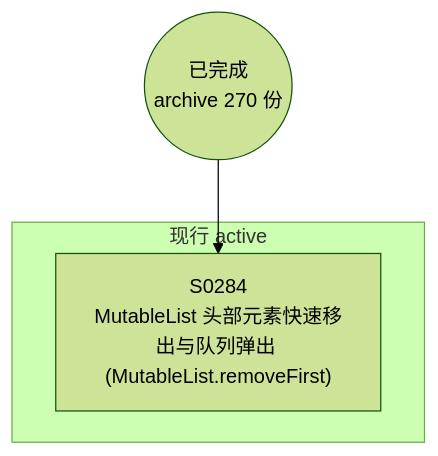
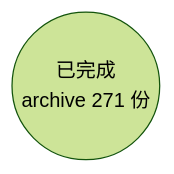
The diagram in docs/specs/dependency-graph.md (Halckon/Koven), drawn with Mermaid (forest theme) before and after one commit. The commit also changed other lines of this file and 7 other files, not shown here.

Commit message:
docs(spec-0284): archive MutableList.removeFirst specification (SPEC-0284)

````diff
--- a/docs/specs/dependency-graph.md
+++ b/docs/specs/dependency-graph.md
@@ -9,8 +9,4 @@
 ```mermaid
 flowchart TD
-ARCH(("已完成<br/>archive 270 份"))
-subgraph Gactive["现行 active"]
-  S0284["S0284<br/>MutableList 头部元素快速移出与队列弹出 (MutableList.removeFirst)"]
-end
-ARCH --> S0284
+ARCH(("已完成<br/>archive 271 份"))
 ```
````
